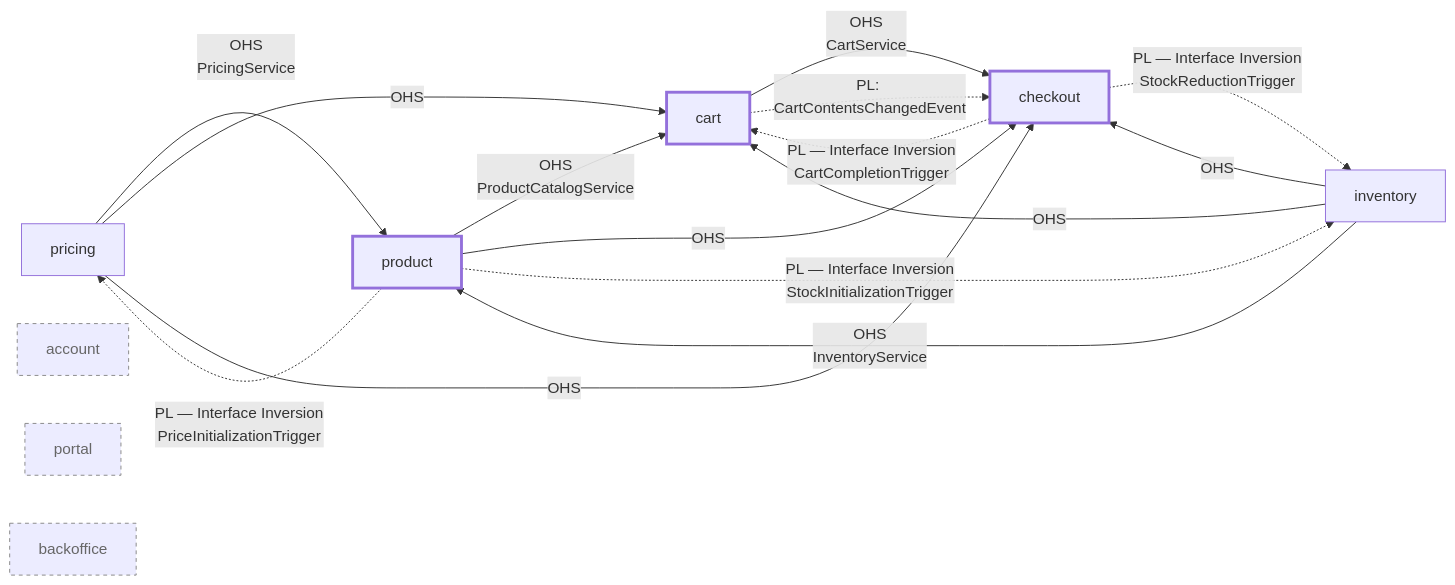
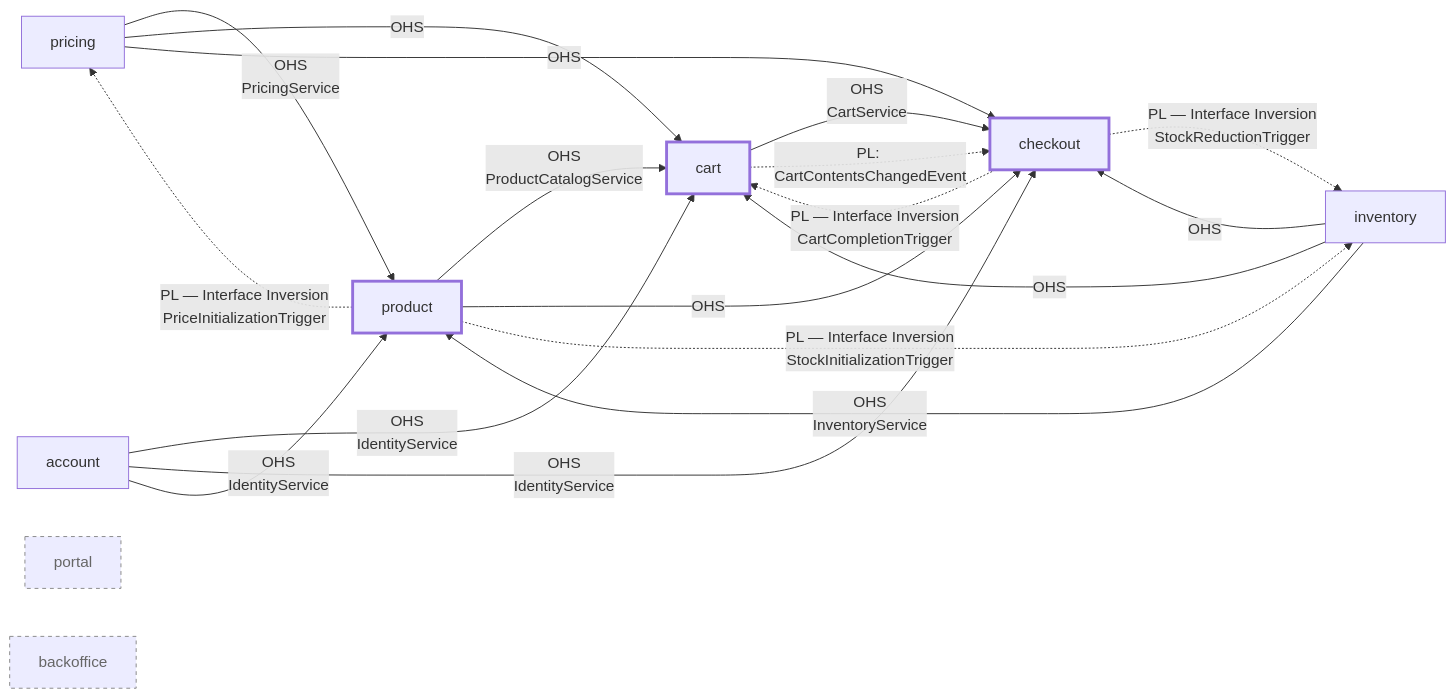
The diagram in docs/context-map.md (domain-centric-development/dca-ecommerce-sample-java), drawn with Mermaid before and after one commit. The commit also changed other lines of this file, not shown here.

````diff
--- a/docs/context-map.md
+++ b/docs/context-map.md
@@ -71,28 +80,30 @@
 ```mermaid
 graph LR
   pricing -->|OHS<br/>PricingService| product
   inventory -->|OHS<br/>InventoryService| product
   product -->|OHS<br/>ProductCatalogService| cart
   pricing -->|OHS| cart
   inventory -->|OHS| cart
   product -->|OHS| checkout
   pricing -->|OHS| checkout
   inventory -->|OHS| checkout
   cart -->|OHS<br/>CartService| checkout
   cart -.->|PL: CartContentsChangedEvent| checkout
+  account -->|OHS<br/>IdentityService| cart
+  account -->|OHS<br/>IdentityService| checkout
+  account -->|OHS<br/>IdentityService| product
   checkout -.->|PL — Interface Inversion<br/>CartCompletionTrigger| cart
   checkout -.->|PL — Interface Inversion<br/>StockReductionTrigger| inventory
   product -.->|PL — Interface Inversion<br/>PriceInitializationTrigger| pricing
   product -.->|PL — Interface Inversion<br/>StockInitializationTrigger| inventory
 
   product:::core
   cart:::core
   checkout:::core
 
-  account:::sep
   portal:::sep
   backoffice:::sep
 
   classDef core stroke-width:3px;
   classDef sep stroke-dasharray: 4 4,stroke:#888,color:#666;
 ```
````
